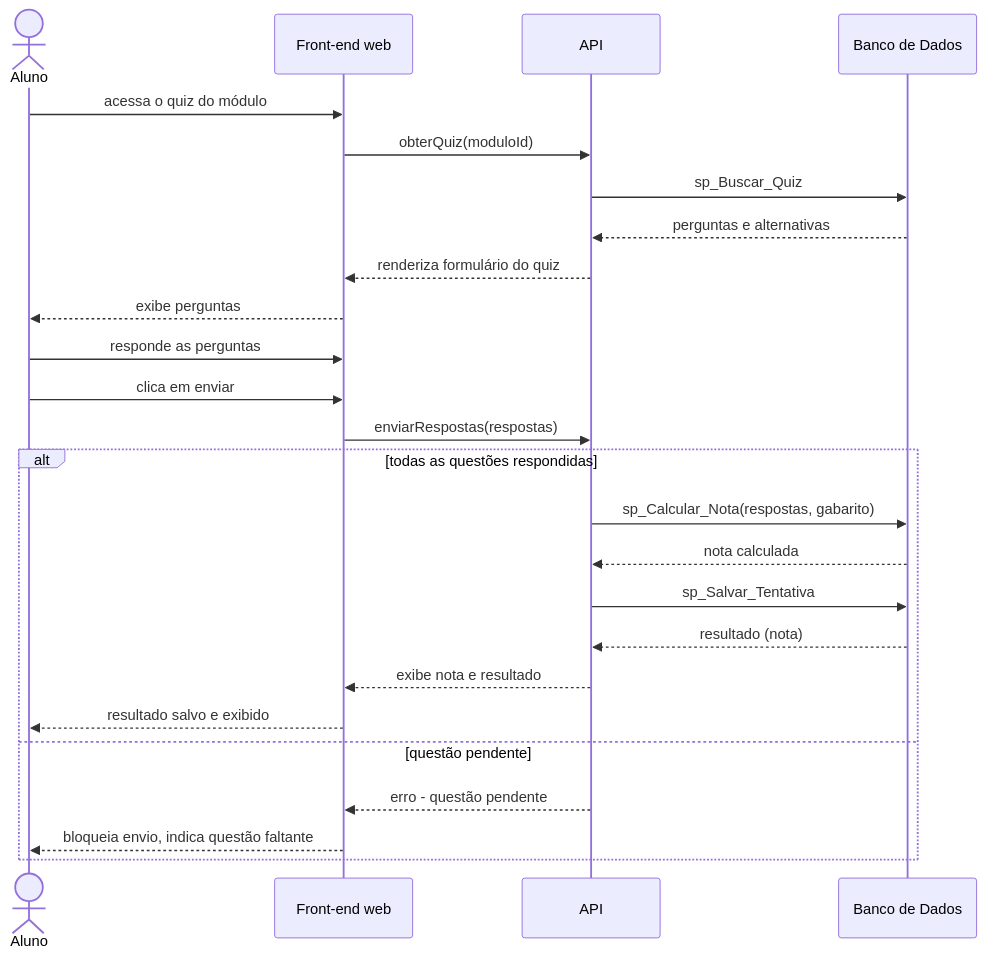
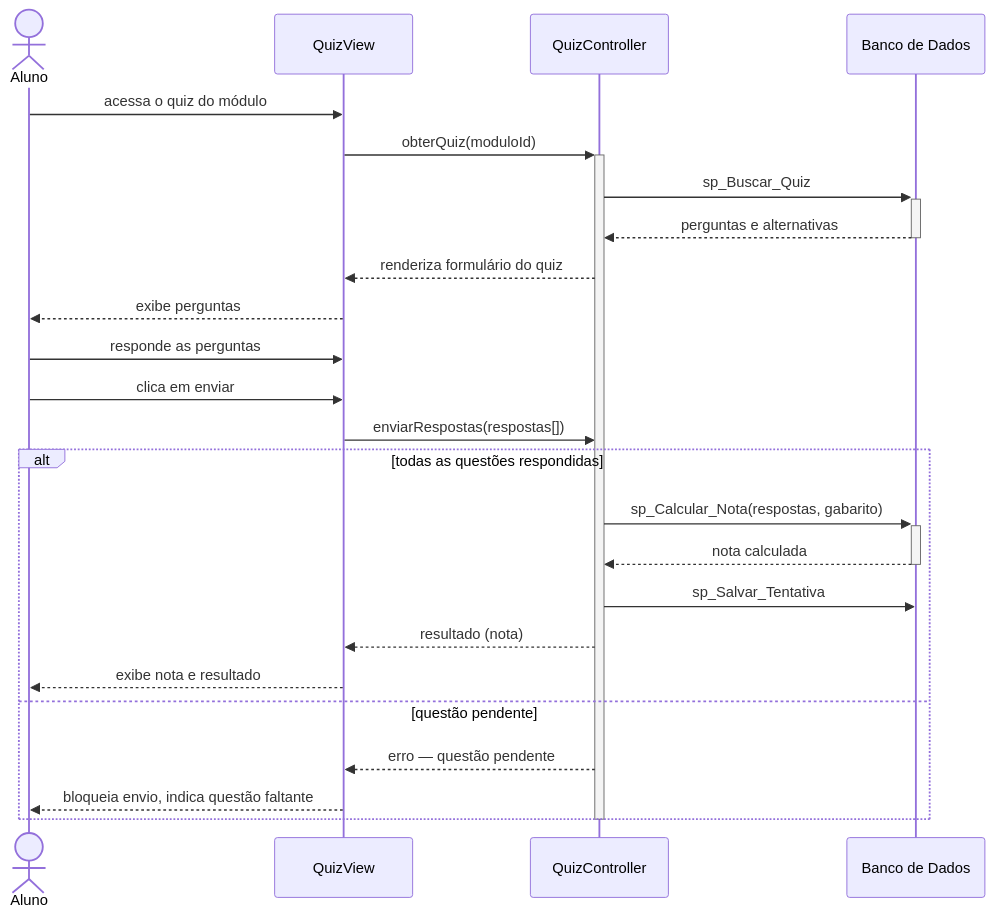
One commit to Plataforma-de-Cursos-TCC/plataforma-cursos-docs changed the diagram in docs/ssd/UC002-responder-quiz.md. Above: the diagram before and after it, drawn with Mermaid. The commit also changed other lines of this file and 12 other files, not shown here.

First line of the commit message:
Reconcile sequence and class diagrams with v11 figures

````diff
--- a/docs/ssd/UC002-responder-quiz.md
+++ b/docs/ssd/UC002-responder-quiz.md
@@ -6,28 +5,28 @@
 ```mermaid
 sequenceDiagram
     actor Aluno
-    participant QuizView as Front-end web
-    participant QuizController as API
-    participant DB as Banco de Dados
+    participant QuizView
+    participant QuizController
+    participant Banco de Dados
 
     Aluno->>QuizView: acessa o quiz do módulo
-    QuizView->>QuizController: obterQuiz(moduloId)
-    QuizController->>DB: sp_Buscar_Quiz
-    DB-->>QuizController: perguntas e alternativas
+    QuizView->>+QuizController: obterQuiz(moduloId)
+    QuizController->>+Banco de Dados: sp_Buscar_Quiz
+    Banco de Dados-->>-QuizController: perguntas e alternativas
     QuizController-->>QuizView: renderiza formulário do quiz
     QuizView-->>Aluno: exibe perguntas
     Aluno->>QuizView: responde as perguntas
     Aluno->>QuizView: clica em enviar
-    QuizView->>QuizController: enviarRespostas(respostas)
+    QuizView->>QuizController: enviarRespostas(respostas[])
     alt todas as questões respondidas
-        QuizController->>DB: sp_Calcular_Nota(respostas, gabarito)
-        DB-->>QuizController: nota calculada
-        QuizController->>DB: sp_Salvar_Tentativa
-        DB-->>QuizController: resultado (nota)
-        QuizController-->>QuizView: exibe nota e resultado
-        QuizView-->>Aluno: resultado salvo e exibido
+        QuizController->>+Banco de Dados: sp_Calcular_Nota(respostas, gabarito)
+        Banco de Dados-->>-QuizController: nota calculada
+        QuizController->>Banco de Dados: sp_Salvar_Tentativa
+        QuizController-->>QuizView: resultado (nota)
+        QuizView-->>Aluno: exibe nota e resultado
     else questão pendente
-        QuizController-->>QuizView: erro - questão pendente
+        QuizController-->>QuizView: erro — questão pendente
         QuizView-->>Aluno: bloqueia envio, indica questão faltante
     end
+    deactivate QuizController
 ```
````
